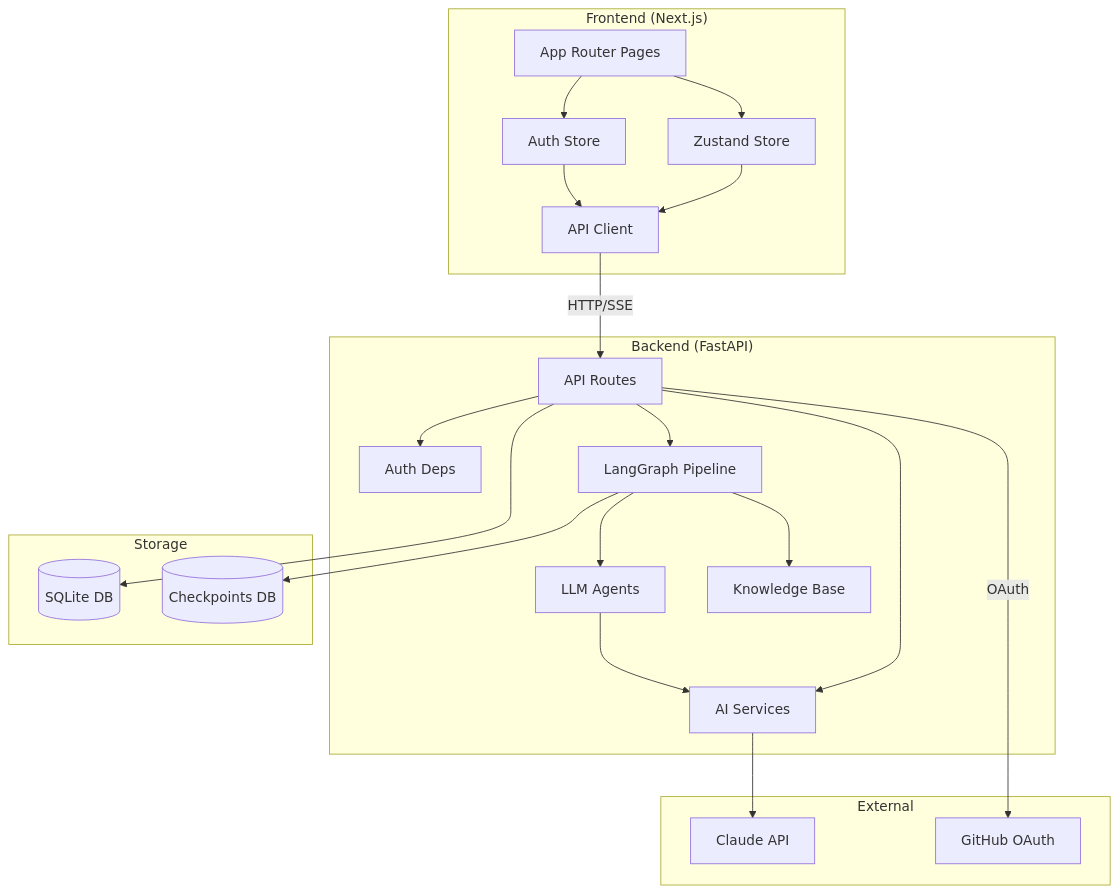
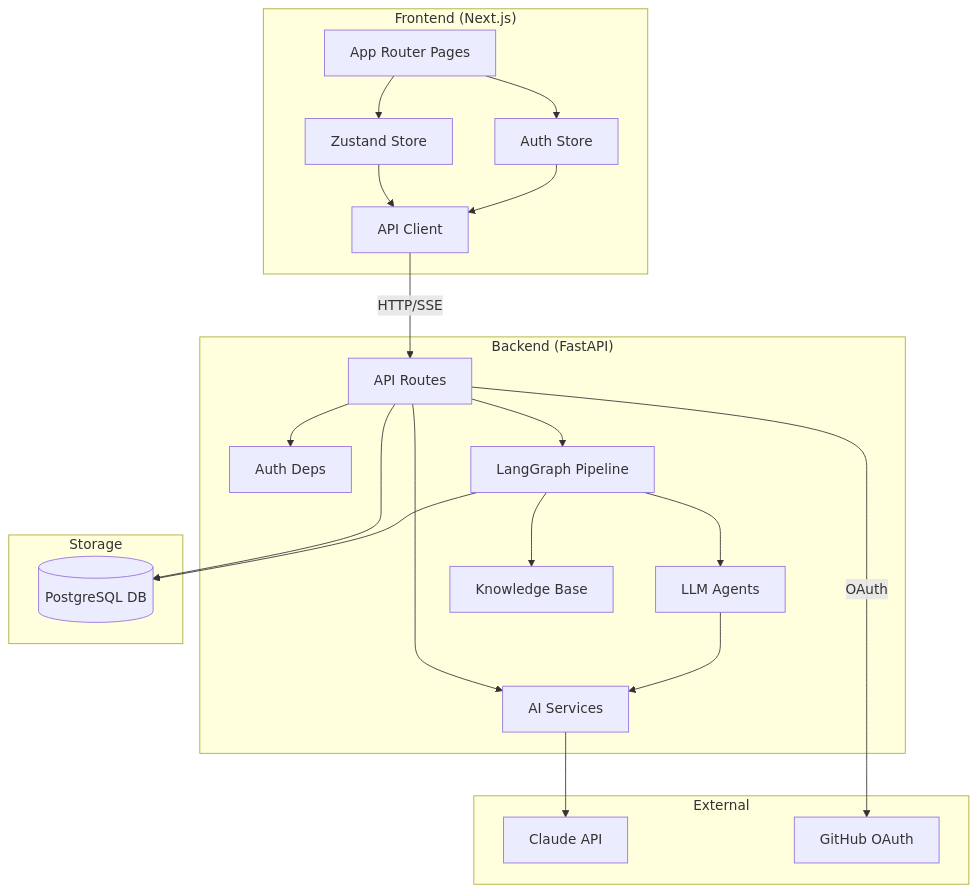
Before and after one commit to onegunsamurai/OpenLearning: the first of 2 diagrams in docs/architecture/overview.md, drawn with Mermaid. The commit also changed other lines of this file and 24 other files, not shown here.

First line of the commit message:
feat: migrate database from SQLite to PostgreSQL (#75)

````diff
--- a/docs/architecture/overview.md
+++ b/docs/architecture/overview.md
@@ -5,44 +5,43 @@
 ```mermaid
 graph TB
     subgraph Frontend ["Frontend (Next.js)"]
         UI[App Router Pages]
         Store[Zustand Store]
         Auth[Auth Store]
         API_Client[API Client]
     end
 
     subgraph Backend ["Backend (FastAPI)"]
         Routes[API Routes]
         AuthDeps[Auth Deps]
         Services[AI Services]
         Agents[LLM Agents]
         Graph[LangGraph Pipeline]
         KB[Knowledge Base]
     end
 
     subgraph Storage ["Storage"]
-        SQLite[(SQLite DB)]
-        Checkpoints[(Checkpoints DB)]
+        PostgreSQL[(PostgreSQL DB)]
     end
 
     subgraph External ["External"]
         Claude[Claude API]
         GitHub[GitHub OAuth]
     end
 
     UI --> Store
     UI --> Auth
     Store --> API_Client
     Auth --> API_Client
     API_Client -->|HTTP/SSE| Routes
     Routes --> AuthDeps
     Routes --> Services
     Routes --> Graph
     Graph --> Agents
     Agents --> Services
     Services --> Claude
     Routes -->|OAuth| GitHub
     Graph --> KB
-    Routes --> SQLite
-    Graph --> Checkpoints
+    Routes --> PostgreSQL
+    Graph --> PostgreSQL
 ```
````
